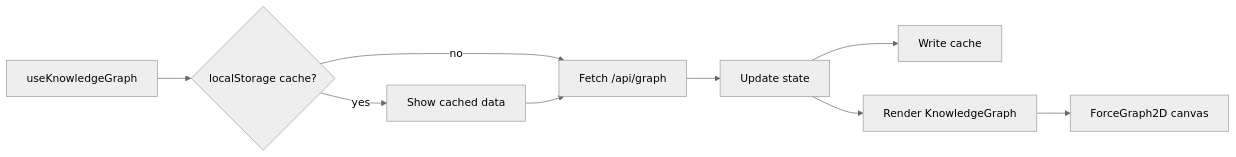
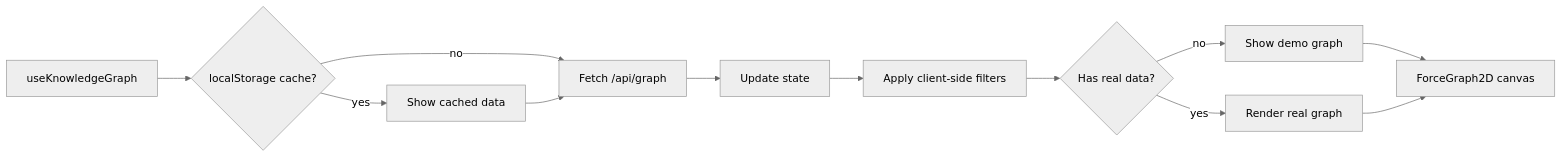
The third of 3 diagrams in apps/web/docs/knowledge-graph.md (khedhar108/monorepo-shadcn-tailwindcss), drawn with Mermaid (neutral theme) before and after one commit. The commit also changed other lines of this file, not shown here.

````diff
--- a/apps/web/docs/knowledge-graph.md
+++ b/apps/web/docs/knowledge-graph.md
@@ -150,11 +164,14 @@
 ```mermaid
 flowchart LR
     A[useKnowledgeGraph] --> B{localStorage cache?}
     B -->|yes| C[Show cached data]
     B -->|no| D[Fetch /api/graph]
     C --> D
     D --> E[Update state]
-    E --> F[Write cache]
-    E --> G[Render KnowledgeGraph]
-    G --> H[ForceGraph2D canvas]
+    E --> F[Apply client-side filters]
+    F --> G{Has real data?}
+    G -->|no| H[Show demo graph]
+    G -->|yes| I[Render real graph]
+    H --> J[ForceGraph2D canvas]
+    I --> J
 ```
````
